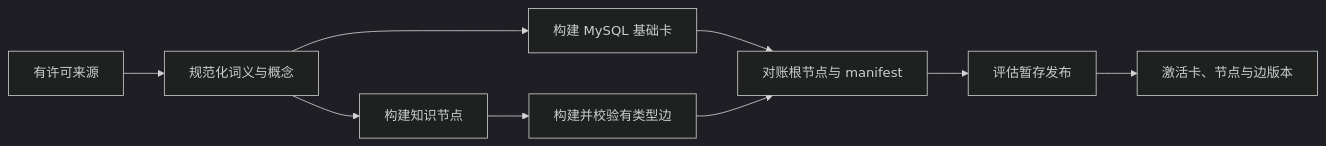
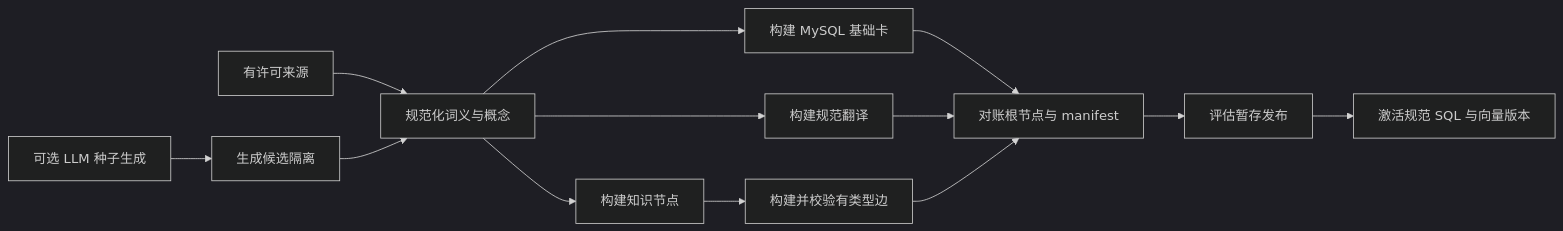
The diagram in docs_cn/guides/content-publishing_cn.md (Ashex-x/Transnet), drawn with Mermaid (dark theme) before and after one commit. The commit also changed other lines of this file and 59 other files, not shown here.

````diff
--- a/docs_cn/guides/content-publishing_cn.md
+++ b/docs_cn/guides/content-publishing_cn.md
@@ -15,11 +15,15 @@
 ```mermaid
 flowchart LR
   source["有许可来源"] --> normalize["规范化词义与概念"]
+  seed["可选 LLM 种子生成"] --> candidates["生成候选隔离"]
+  candidates --> normalize
   normalize --> cards["构建 MySQL 基础卡"]
+  normalize --> translations["构建规范翻译"]
   normalize --> nodes["构建知识节点"]
   nodes --> edges["构建并校验有类型边"]
   cards --> reconcile["对账根节点与 manifest"]
+  translations --> reconcile
   edges --> reconcile
   reconcile --> evaluate["评估暂存发布"]
-  evaluate --> activate["激活卡、节点与边版本"]
+  evaluate --> activate["激活规范 SQL 与向量版本"]
 ```
````
